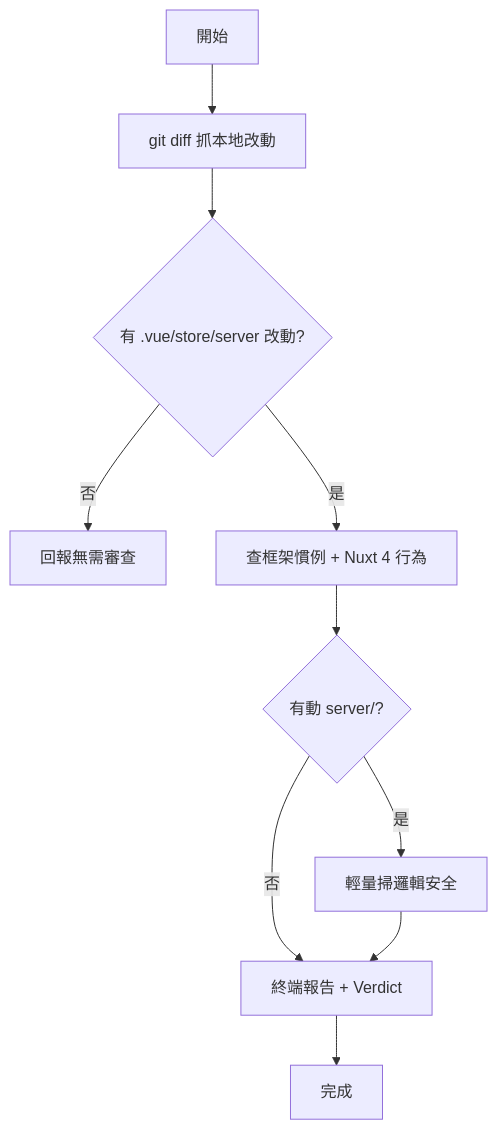
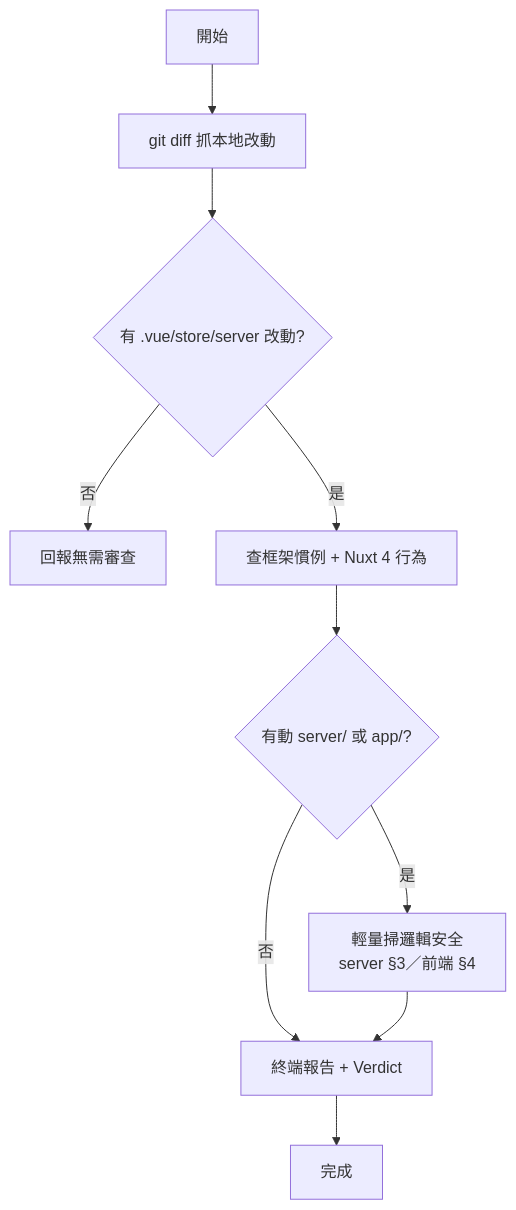
One commit to PinyiW0/Nuxt4-template-SDD changed the diagram in .claude/skills/sdd-review/SKILL.md. Above: the diagram before and after it, drawn with Mermaid. The commit also changed other lines of this file and 4 other files, not shown here.

````diff
--- a/.claude/skills/sdd-review/SKILL.md
+++ b/.claude/skills/sdd-review/SKILL.md
@@ -37,12 +37,12 @@
 ```mermaid
 flowchart TD
     START[開始] --> DIFF[git diff 抓本地改動]
     DIFF --> EMPTY{有 .vue/store/server 改動?}
     EMPTY -->|否| SKIP[回報無需審查]
     EMPTY -->|是| CONV[查框架慣例 + Nuxt 4 行為]
-    CONV --> SVR{有動 server/?}
-    SVR -->|是| SEC[輕量掃邏輯安全]
+    CONV --> SVR{有動 server/ 或 app/?}
+    SVR -->|是| SEC[輕量掃邏輯安全<br>server §3／前端 §4]
     SVR -->|否| REPORT
     SEC --> REPORT[終端報告 + Verdict]
     REPORT --> DONE[完成]
 ```
````
